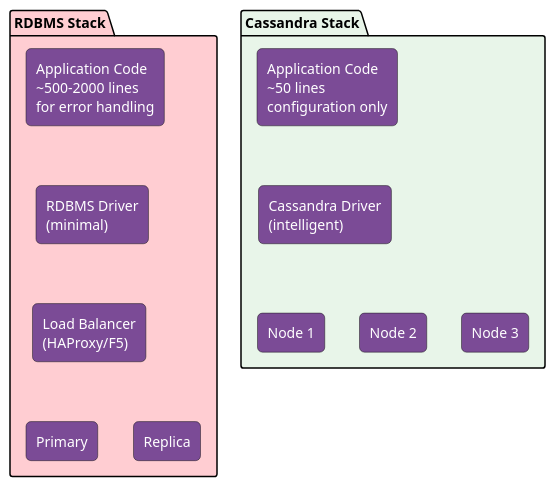
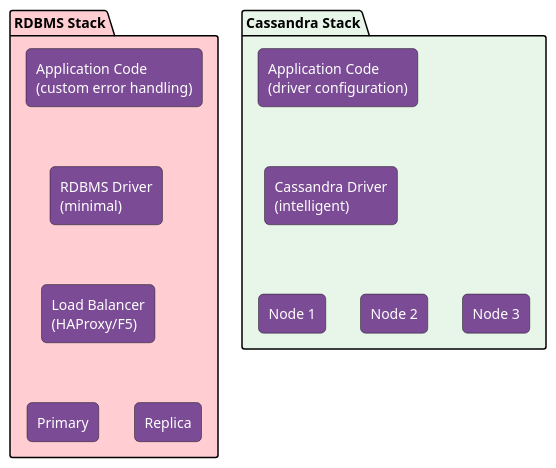
Before and after one commit to axonops/documentation: the third of 6 diagrams in docs/data-platforms/cassandra/architecture/client-connections/failure-handling.md, drawn with PlantUML. The commit also changed other lines of this file and 262 other files, not shown here.

````diff
--- a/docs/data-platforms/cassandra/architecture/client-connections/failure-handling.md
+++ b/docs/data-platforms/cassandra/architecture/client-connections/failure-handling.md
@@ -209,37 +209,37 @@
 ```plantuml
 @startuml
 skinparam backgroundColor transparent
 
 skinparam rectangle {
     BackgroundColor #7B4B96
     FontColor white
     roundCorner 10
 }
 
 package "RDBMS Stack" as RDBMS #FFCDD2 {
-    rectangle "Application Code\n~500-2000 lines\nfor error handling" as AC1
+    rectangle "Application Code\n(custom error handling)" as AC1
     rectangle "RDBMS Driver\n(minimal)" as RD
     rectangle "Load Balancer\n(HAProxy/F5)" as LB1
     rectangle "Primary" as P1
     rectangle "Replica" as R1
 }
 
 package "Cassandra Stack" as Cass #E8F5E9 {
-    rectangle "Application Code\n~50 lines\nconfiguration only" as AC2
+    rectangle "Application Code\n(driver configuration)" as AC2
     rectangle "Cassandra Driver\n(intelligent)" as CD
     rectangle "Node 1" as N1
     rectangle "Node 2" as N2
     rectangle "Node 3" as N3
 }
 
 AC1 -[hidden]down- RD
 RD -[hidden]down- LB1
 LB1 -[hidden]down- P1
 P1 -[hidden]right- R1
 
 AC2 -[hidden]down- CD
 CD -[hidden]down- N1
 N1 -[hidden]right- N2
 N2 -[hidden]right- N3
 @enduml
 ```
````
